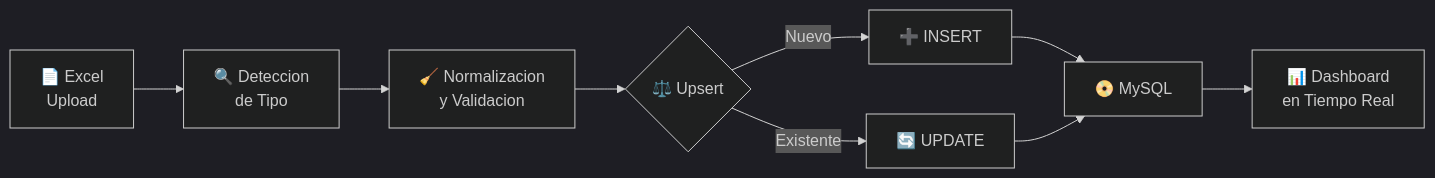
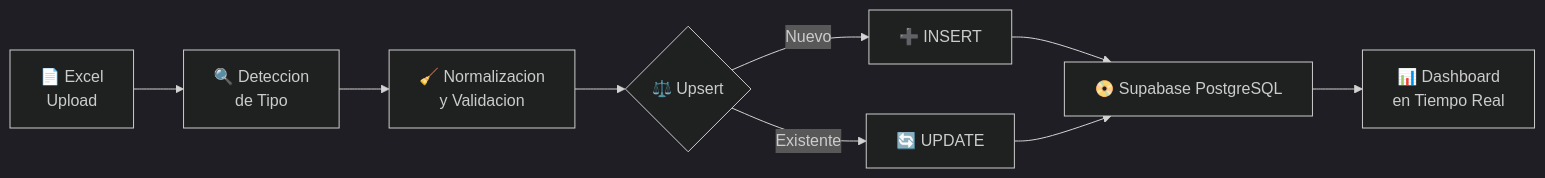
The second of 4 diagrams in ENTREGABLES_SIGAI_SES/01_DOCUMENTACION_TECNICA/ARQUITECTURA/01_ARQUITECTURA_SISTEMA.md (mrwil82/SIGAI-SES), drawn with Mermaid (dark theme) before and after one commit. The commit also changed other lines of this file and 16 other files, not shown here.

Commit message:
docs: update all ENTREGABLES for v1.0.0 production — Render/Supabase stack, themes, avatars, PWA, CI, new MMD diagrams

````diff
--- a/ENTREGABLES_SIGAI_SES/01_DOCUMENTACION_TECNICA/ARQUITECTURA/01_ARQUITECTURA_SISTEMA.md
+++ b/ENTREGABLES_SIGAI_SES/01_DOCUMENTACION_TECNICA/ARQUITECTURA/01_ARQUITECTURA_SISTEMA.md
@@ -69,11 +69,11 @@
 ```mermaid
 flowchart LR
     A[📄 Excel<br/>Upload] --> B[🔍 Deteccion<br/>de Tipo]
     B --> C[🧹 Normalizacion<br/>y Validacion]
     C --> D{⚖️ Upsert}
     D -->|Nuevo| E[➕ INSERT]
     D -->|Existente| F[🔄 UPDATE]
-    E --> G[📀 MySQL]
+    E --> G[📀 Supabase PostgreSQL]
     F --> G
     G --> H[📊 Dashboard<br/>en Tiempo Real]
 ```
````
